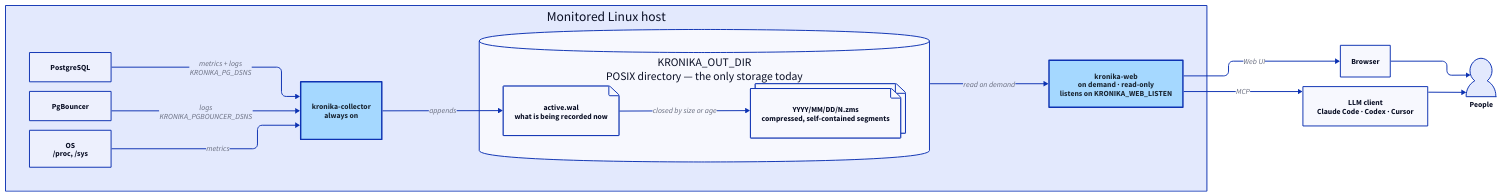
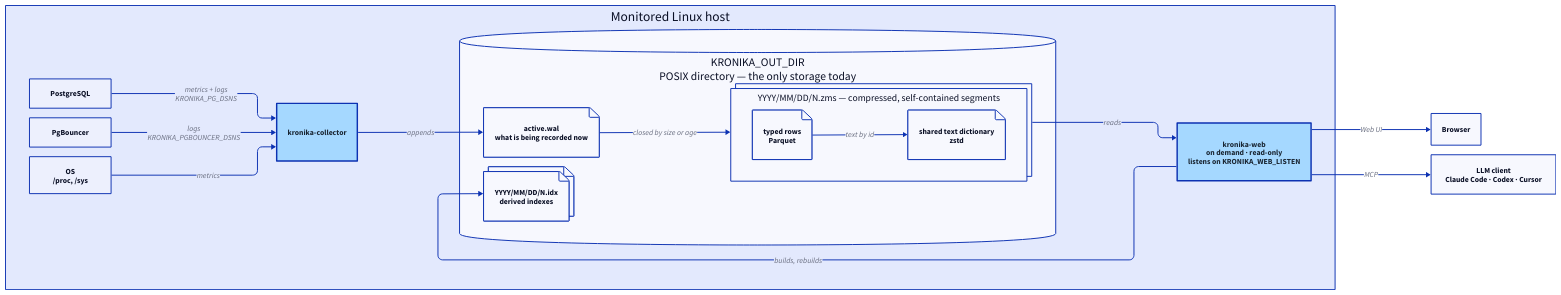
The diagram in docs/diagrams/architecture.d2 (vadv/Kronika), drawn with D2 before and after one commit. The commit also changed 1 other file, not shown here.

Commit message:
docs: show idx files, segment internals, and drop the always-on tag
The directory now holds the derived N.idx files web builds and
rebuilds, the segment opens up into its Parquet-typed rows referencing
one shared zstd text dictionary, and the collector loses the always-on
tag: when it is down nothing breaks, the history just has nothing
recorded.

Claude-Session: https://claude.ai/code/session_01PLmQWZzFXFZKMCWR7PAw1n

```diff
--- a/docs/diagrams/architecture.d2
+++ b/docs/diagrams/architecture.d2
@@ -1,58 +1,69 @@
 # Kronika architecture. Regenerate the committed SVG with `make diagrams`.
 
 vars: {
   d2-config: {
     layout-engine: elk
   }
 }
 
 direction: right
 
 host: Monitored Linux host {
   pg: PostgreSQL {width: 170}
   pgb: PgBouncer {width: 170}
   os: OS\n/proc, /sys {width: 170}
 
-  collector: kronika-collector\nalways on {
+  collector: kronika-collector {
     style.fill: "#a5d8ff"
     style.font-color: "#1a2633"
     style.stroke-width: 3
   }
 
   pg -> collector: metrics + logs\nKRONIKA_PG_DSNS
   pgb -> collector: logs\nKRONIKA_PGBOUNCER_DSNS
   os -> collector: metrics
 
   dir: KRONIKA_OUT_DIR\nPOSIX directory — the only storage today {
     shape: cylinder
+
     wal: active.wal\nwhat is being recorded now {
       shape: page
     }
-    seg: YYYY/MM/DD/N.zms\ncompressed, self-contained segments {
+
+    seg: YYYY/MM/DD/N.zms — compressed, self-contained segments {
+      style.multiple: true
+      rows: typed rows\nParquet {
+        shape: page
+      }
+      dict: shared text dictionary\nzstd {
+        shape: page
+      }
+      rows -> dict: text by id
+    }
+
+    idx: YYYY/MM/DD/N.idx\nderived indexes {
       shape: page
       style.multiple: true
     }
+
     wal -> seg: closed by size or age
   }
 
   collector -> dir.wal: appends
 
   web: kronika-web\non demand · read-only\nlistens on KRONIKA_WEB_LISTEN {
     style.fill: "#a5d8ff"
     style.font-color: "#1a2633"
     style.stroke-width: 3
   }
 
-  dir -> web: read on demand
+  dir.seg -> web: reads
+  web -> dir.idx: builds, rebuilds
+  dir -> web: {style.opacity: 0}
 }
 
 browser: Browser
 llm: LLM client\nClaude Code · Codex · Cursor
-people: People {
-  shape: person
-}
 
 host.web -> browser: Web UI
 host.web -> llm: MCP
-browser -> people
-llm -> people
```
